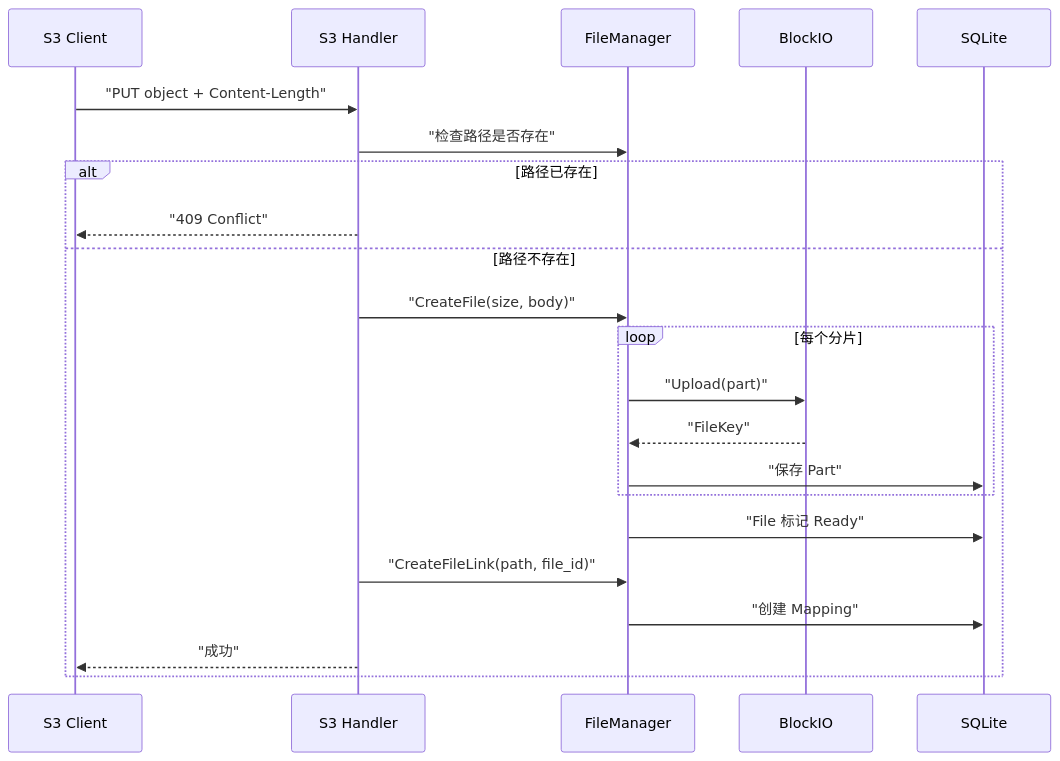
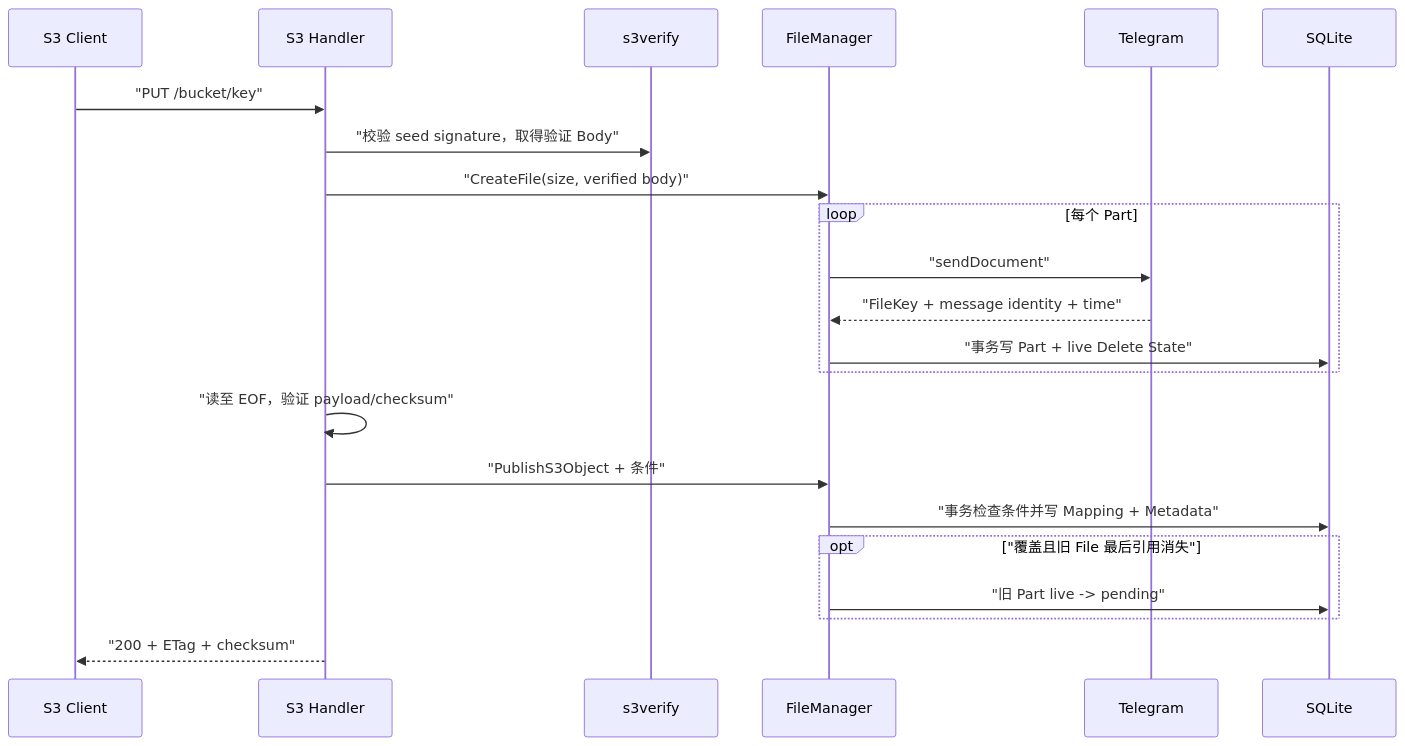
Before and after one commit to xxxsen/tgfile: the diagram in docs/03-core-flows-and-api.md, drawn with Mermaid. The commit also changed other lines of this file and 59 other files, not shown here.

````diff
--- a/docs/03-core-flows-and-api.md
+++ b/docs/03-core-flows-and-api.md
@@ -30,25 +48,25 @@
 ```mermaid
 sequenceDiagram
     participant C as S3 Client
     participant H as S3 Handler
+    participant V as s3verify
     participant F as FileManager
-    participant B as BlockIO
+    participant T as Telegram
     participant D as SQLite
 
-    C->>H: "PUT object + Content-Length"
-    H->>F: "检查路径是否存在"
-    alt 路径已存在
-        H-->>C: "409 Conflict"
-    else 路径不存在
-        H->>F: "CreateFile(size, body)"
-        loop 每个分片
-            F->>B: "Upload(part)"
-            B-->>F: "FileKey"
-            F->>D: "保存 Part"
-        end
-        F->>D: "File 标记 Ready"
-        H->>F: "CreateFileLink(path, file_id)"
-        F->>D: "创建 Mapping"
-        H-->>C: "成功"
+    C->>H: "PUT /bucket/key"
+    H->>V: "校验 seed signature，取得验证 Body"
+    H->>F: "CreateFile(size, verified body)"
+    loop 每个 Part
+        F->>T: "sendDocument"
+        T-->>F: "FileKey + message identity + time"
+        F->>D: "事务写 Part + live Delete State"
     end
+    H->>H: "读至 EOF，验证 payload/checksum"
+    H->>F: "PublishS3Object + 条件"
+    F->>D: "事务检查条件并写 Mapping + Metadata"
+    opt "覆盖且旧 File 最后引用消失"
+        F->>D: "旧 Part live -> pending"
+    end
+    H-->>C: "200 + ETag + checksum"
 ```
````
